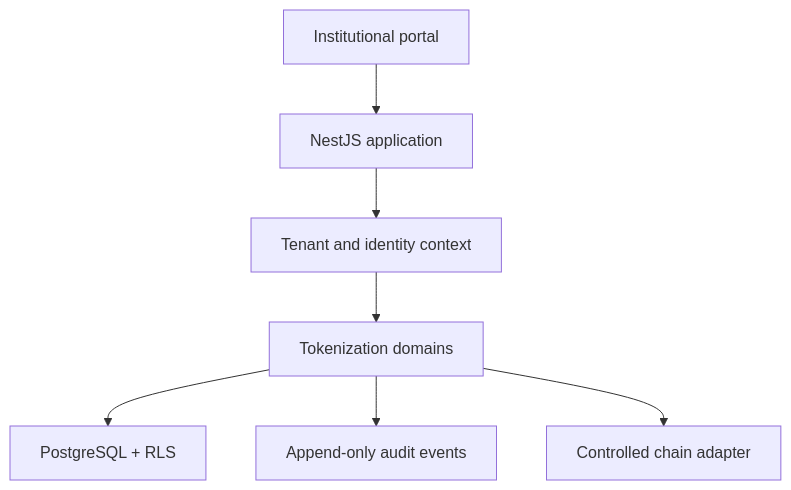
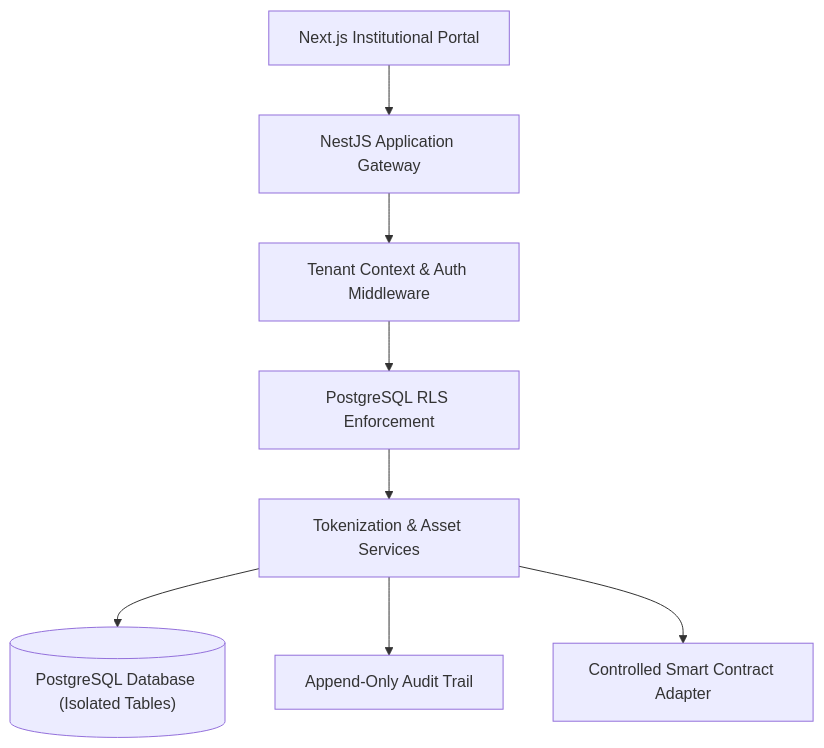
The diagram in README.md (julitodk06/rwa-tokenization-architecture), drawn with Mermaid before and after one commit. The commit also changed other lines of this file, not shown here.

Commit message:
docs: improve RWA architecture case study with clean technical signals

````diff
--- a/README.md
+++ b/README.md
@@ -21,9 +25,10 @@
 ```mermaid
 flowchart TD
-  UI["Institutional portal"] --> API["NestJS application"]
-  API --> CTX["Tenant and identity context"]
-  CTX --> DOM["Tokenization domains"]
-  DOM --> DB["PostgreSQL + RLS"]
-  DOM --> AUDIT["Append-only audit events"]
-  DOM --> CHAIN["Controlled chain adapter"]
+  UI["Next.js Institutional Portal"] --> API["NestJS Application Gateway"]
+  API --> CTX["Tenant Context & Auth Middleware"]
+  CTX --> RLS["PostgreSQL RLS Enforcement"]
+  RLS --> DOM["Tokenization & Asset Services"]
+  DOM --> DB[("PostgreSQL Database (Isolated Tables)")]
+  DOM --> AUDIT["Append-Only Audit Trail"]
+  DOM --> ADAPTER["Controlled Smart Contract Adapter"]
 ```
````
